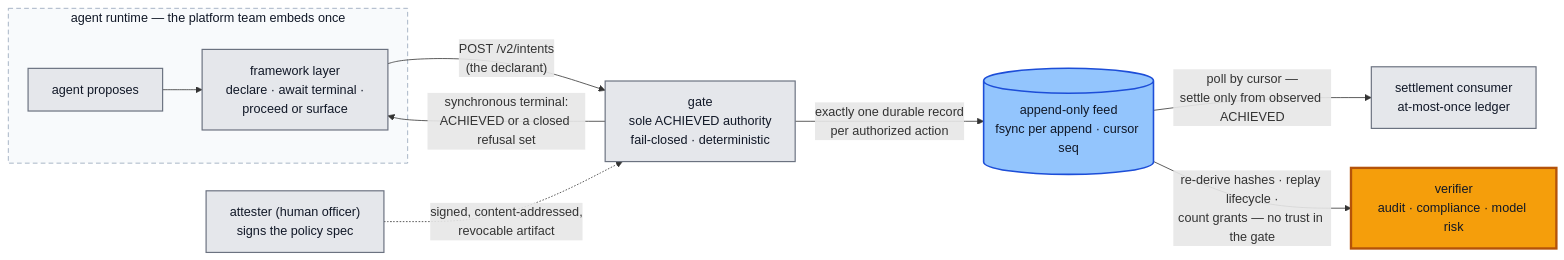
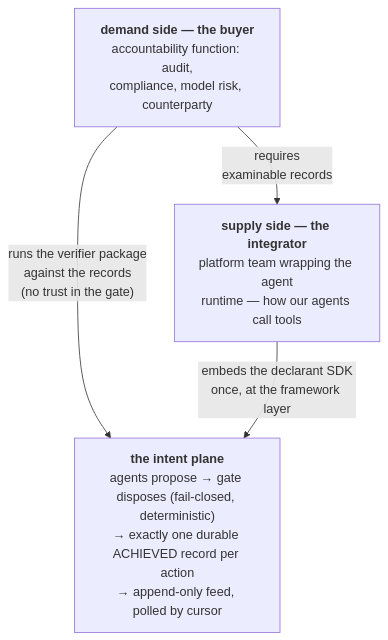
Before and after one commit to hossainpazooki/intent-plane: the first of 2 diagrams in README.md, drawn with Mermaid. The commit also changed other lines of this file and 2 other files, not shown here.

````diff
--- a/README.md
+++ b/README.md
@@ -28,21 +26,9 @@
 ```mermaid
-flowchart LR
-    subgraph RT["agent runtime — the platform team embeds once"]
-        AG["agent proposes"] --> SDK["framework layer<br/>declare · await terminal ·<br/>proceed or surface"]
-    end
-    SDK -->|"POST /v2/intents<br/>(the declarant)"| G["gate<br/>sole ACHIEVED authority<br/>fail-closed · deterministic"]
-    ATT["attester (human officer)<br/>signs the policy spec"] -.->|"signed, content-addressed,<br/>revocable artifact"| G
-    G -->|"synchronous terminal:<br/>ACHIEVED or a closed refusal set"| SDK
-    G -->|"exactly one durable record<br/>per authorized action"| FEED[("append-only feed<br/>fsync per append · cursor seq")]
-    FEED -->|"poll by cursor —<br/>settle only from observed ACHIEVED"| S["settlement consumer<br/>at-most-once ledger"]
-    FEED -->|"re-derive hashes · replay lifecycle ·<br/>count grants — no trust in the gate"| V["verifier<br/>audit · compliance · model risk"]
-
-    classDef neutral fill:#e5e7eb,stroke:#6b7280,stroke-width:1.5px,color:#111827;
-    classDef durable fill:#93c5fd,stroke:#1d4ed8,stroke-width:2px,color:#111827;
-    classDef star fill:#f59e0b,stroke:#b45309,stroke-width:3px,color:#111827;
-    class AG,SDK,G,S neutral;
-    class ATT neutral;
-    class FEED durable;
-    class V star;
-    style RT fill:#f8fafc,stroke:#94a3b8,stroke-dasharray:6 4,color:#111827;
+flowchart TB
+    D["<b>demand side — the buyer</b><br/>accountability function: audit,<br/>compliance, model risk, counterparty"]
+    S["<b>supply side — the integrator</b><br/>platform team wrapping the agent<br/>runtime — how our agents call tools"]
+    P["<b>the intent plane</b><br/>agents propose → gate disposes (fail-closed, deterministic)<br/>→ exactly one durable ACHIEVED record per action<br/>→ append-only feed, polled by cursor"]
+    D -->|"requires<br/>examinable records"| S
+    D -->|"runs the verifier package<br/>against the records<br/>(no trust in the gate)"| P
+    S -->|"embeds the declarant SDK<br/>once, at the framework layer"| P
 ```
````
